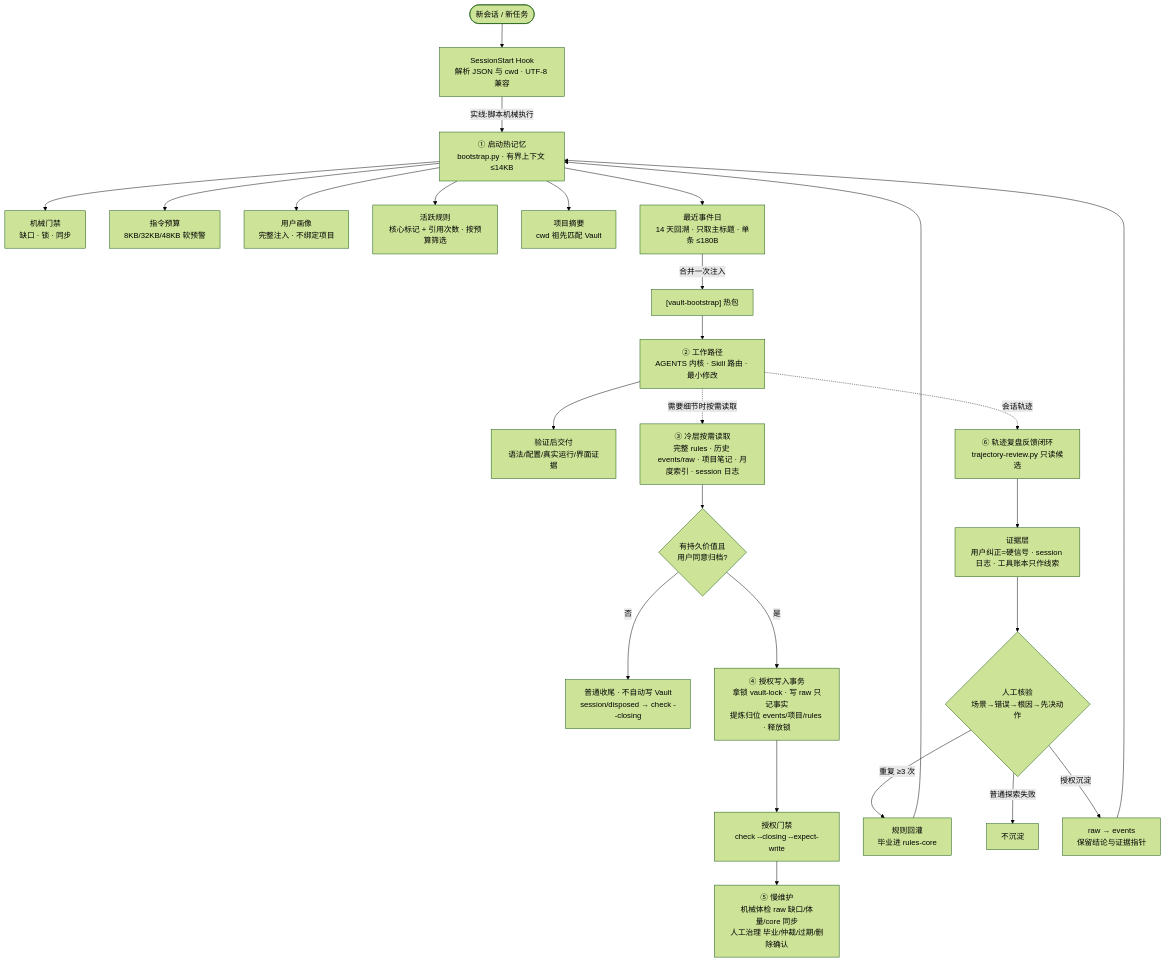
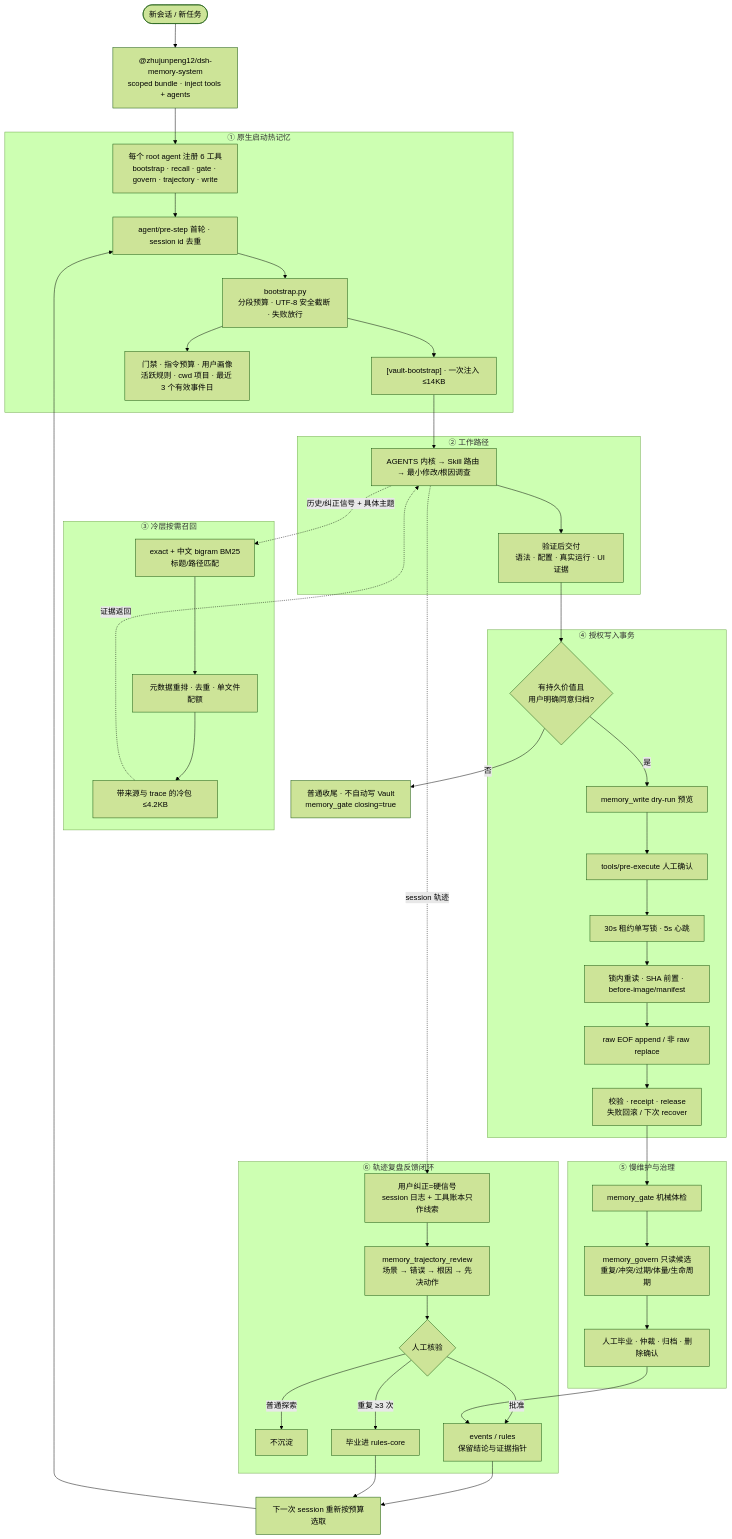
Before and after one commit to zhujunpeng12/dsh-memory-system: the diagram in README.md, drawn with Mermaid (forest theme). The commit also changed other lines of this file and 6 other files, not shown here.

Commit message:
docs: update memory architecture diagram to v3

````diff
--- a/README.md
+++ b/README.md
@@ -89,34 +91,56 @@
 ```mermaid
 flowchart TD
-    Start([新会话 / 新任务]) --> Hook[SessionStart Hook<br/>解析 JSON 与 cwd · UTF-8 兼容]
+    Start([新会话 / 新任务]) --> Bundle["@zhujunpeng12/dsh-memory-system<br/>scoped bundle · inject tools + agents"]
+    Bundle --> Roots[每个 root agent 注册 6 工具<br/>bootstrap · recall · gate · govern · trajectory · write]
 
-    Hook -->|实线:脚本机械执行| B1[① 启动热记忆<br/>bootstrap.py · 有界上下文 ≤14KB]
-    B1 --> B1a[机械门禁<br/>缺口 · 锁 · 同步]
-    B1 --> B1b[指令预算<br/>8KB/32KB/48KB 软预警]
-    B1 --> B1c[用户画像<br/>完整注入 · 不绑定项目]
-    B1 --> B1d[活跃规则<br/>核心标记 + 引用次数 · 按预算筛选]
-    B1 --> B1e[项目摘要<br/>cwd 祖先匹配 Vault]
-    B1 --> B1f[最近事件日<br/>14 天回溯 · 只取主标题 · 单条 ≤180B]
-    B1f -->|合并一次注入| B1out["[vault-bootstrap] 热包"]
+    subgraph L1[① 原生启动热记忆]
+      Roots --> Pre[agent/pre-step 首轮 · session id 去重]
+      Pre --> Boot[bootstrap.py<br/>分段预算 · UTF-8 安全截断 · 失败放行]
+      Boot --> Hot["[vault-bootstrap] · 一次注入 ≤14KB"]
+      Boot --> HotParts[门禁 · 指令预算 · 用户画像<br/>活跃规则 · cwd 项目 · 最近 3 个有效事件日]
+    end
 
-    B1out --> B2[② 工作路径<br/>AGENTS 内核 · Skill 路由 · 最小修改]
-    B2 --> B2out[验证后交付<br/>语法/配置/真实运行/界面证据]
+    subgraph L2[② 工作路径]
+      Hot --> Work[AGENTS 内核 → Skill 路由 → 最小修改/根因调查]
+      Work --> Deliver[验证后交付<br/>语法 · 配置 · 真实运行 · UI 证据]
+    end
 
-    B2 -.需要细节时按需读取.-> B3[③ 冷层按需读取<br/>完整 rules · 历史 events/raw · 项目笔记 · 月度索引 · session 日志]
+    subgraph L3[③ 冷层按需召回]
+      Work -.历史/纠正信号 + 具体主题.-> Recall[exact + 中文 bigram BM25<br/>标题/路径匹配]
+      Recall --> Rerank[元数据重排 · 去重 · 单文件配额]
+      Rerank --> Cold[带来源与 trace 的冷包 ≤4.2KB]
+      Cold -.证据返回.-> Work
+    end
 
-    B3 --> Q1{有持久价值且<br/>用户同意归档?}
-    Q1 -->|否| Q1no[普通收尾 · 不自动写 Vault<br/>session/disposed → check --closing]
-    Q1 -->|是| B4[④ 授权写入事务<br/>拿锁 vault-lock · 写 raw 只记事实<br/>提炼归位 events/项目/rules · 释放锁]
-    B4 --> B4out[授权门禁<br/>check --closing --expect-write]
+    Deliver --> Decision{有持久价值且<br/>用户明确同意归档?}
+    Decision -->|否| Close[普通收尾 · 不自动写 Vault<br/>memory_gate closing=true]
 
-    B4out --> B5[⑤ 慢维护<br/>机械体检 raw 缺口/体量/core 同步<br/>人工治理 毕业/仲裁/过期/删除确认]
+    subgraph L4[④ 授权写入事务]
+      Decision -->|是| Preview[memory_write dry-run 预览]
+      Preview --> Approve[tools/pre-execute 人工确认]
+      Approve --> Lock[30s 租约单写锁 · 5s 心跳]
+      Lock --> Tx[锁内重读 · SHA 前置 · before-image/manifest]
+      Tx --> SafeWrite[raw EOF append / 非 raw replace]
+      SafeWrite --> Receipt[校验 · receipt · release<br/>失败回滚 / 下次 recover]
+    end
 
-    B2 -.会话轨迹.-> B6[⑥ 轨迹复盘反馈闭环<br/>trajectory-review.py 只读候选]
-    B6 --> B6a[证据层<br/>用户纠正=硬信号 · session 日志 · 工具账本只作线索]
-    B6a --> B6b{人工核验<br/>场景→错误→根因→先决动作}
-    B6b -->|重复 ≥3 次| B6c[规则回灌<br/>毕业进 rules-core]
-    B6b -->|普通探索失败| B6d[不沉淀]
-    B6b -->|授权沉淀| B6e[raw → events<br/>保留结论与证据指针]
-    B6c --> B1
-    B6e --> B1
+    subgraph L5[⑤ 慢维护与治理]
+      Receipt --> Gate[memory_gate 机械体检]
+      Gate --> Govern[memory_govern 只读候选<br/>重复/冲突/过期/体量/生命周期]
+      Govern --> Human[人工毕业 · 仲裁 · 归档 · 删除确认]
+    end
+
+    subgraph L6[⑥ 轨迹复盘反馈闭环]
+      Work -.session 轨迹.-> Evidence[用户纠正=硬信号<br/>session 日志 + 工具账本只作线索]
+      Evidence --> Review[memory_trajectory_review<br/>场景 → 错误 → 根因 → 先决动作]
+      Review --> Verify{人工核验}
+      Verify -->|普通探索| Skip[不沉淀]
+      Verify -->|批准| Distill[events / rules<br/>保留结论与证据指针]
+      Verify -->|重复 ≥3 次| Graduate[毕业进 rules-core]
+    end
+
+    Human --> Distill
+    Distill --> Next[下一次 session 重新按预算选取]
+    Graduate --> Next
+    Next --> Pre
 ```
````
